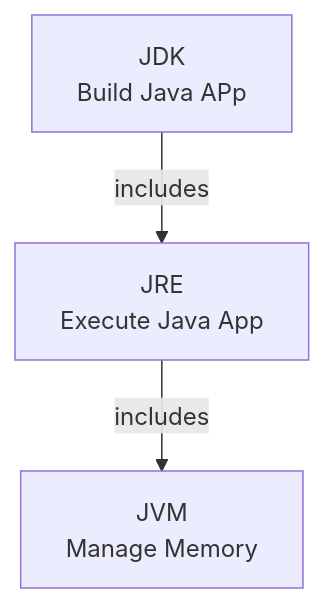
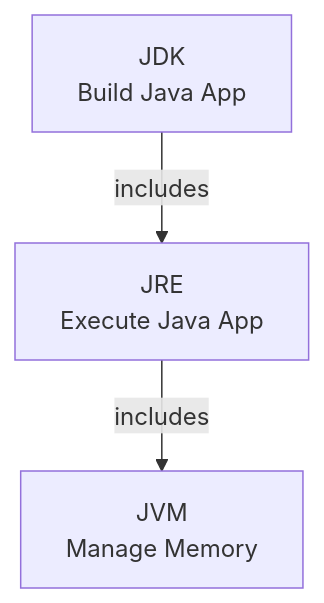
Before and after one commit to jwang1122/java: the first of 38 diagrams in doc/java.md, drawn with Mermaid. The commit also changed other lines of this file and 16 other files, not shown here.

````diff
--- a/doc/java.md
+++ b/doc/java.md
@@ -126,9 +141,9 @@
 ```mermaid
 graph TB
 JVM[JVM<br>Manage Memory]
 JRE[JRE<br>Execute Java App]
-JDK[JDK<br>Build Java APp]
+JDK[JDK<br>Build Java App]
 
 JRE--includes-->JVM
 JDK--includes-->JRE
 ```
````
